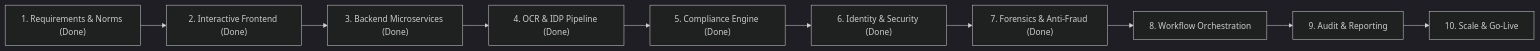
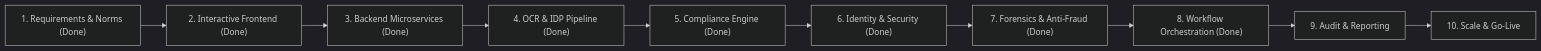
One commit to nitin24x7/SatyaSetu_AI changed the fourth of 4 diagrams in SatyaSetu_AI_Project_Dossier.md. Above: the diagram before and after it, drawn with Mermaid (dark theme). The commit also changed other lines of this file and 15 other files, not shown here.

Commit message:
feat(workflow): complete Phase 8 Workflow Orchestration, Case Management & Statutory SLA Engine

````diff
--- a/SatyaSetu_AI_Project_Dossier.md
+++ b/SatyaSetu_AI_Project_Dossier.md
@@ -206,12 +206,12 @@
 ```mermaid
 flowchart LR
     P1["1. Requirements & Norms (Done)"] --> P2["2. Interactive Frontend (Done)"]
     P2 --> P3["3. Backend Microservices (Done)"]
     P3 --> P4["4. OCR & IDP Pipeline (Done)"]
     P4 --> P5["5. Compliance Engine (Done)"]
     P5 --> P6["6. Identity & Security (Done)"]
     P6 --> P7["7. Forensics & Anti-Fraud (Done)"]
-    P7 --> P8["8. Workflow Orchestration"]
+    P7 --> P8["8. Workflow Orchestration (Done)"]
     P8 --> P9["9. Audit & Reporting"]
     P9 --> P10["10. Scale & Go-Live"]
 ```
````
